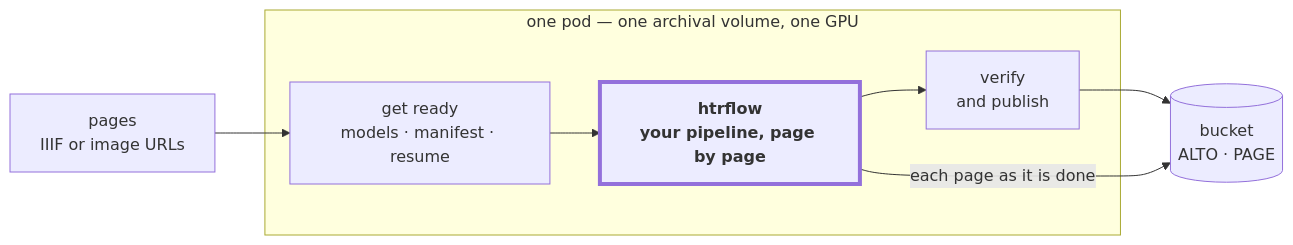
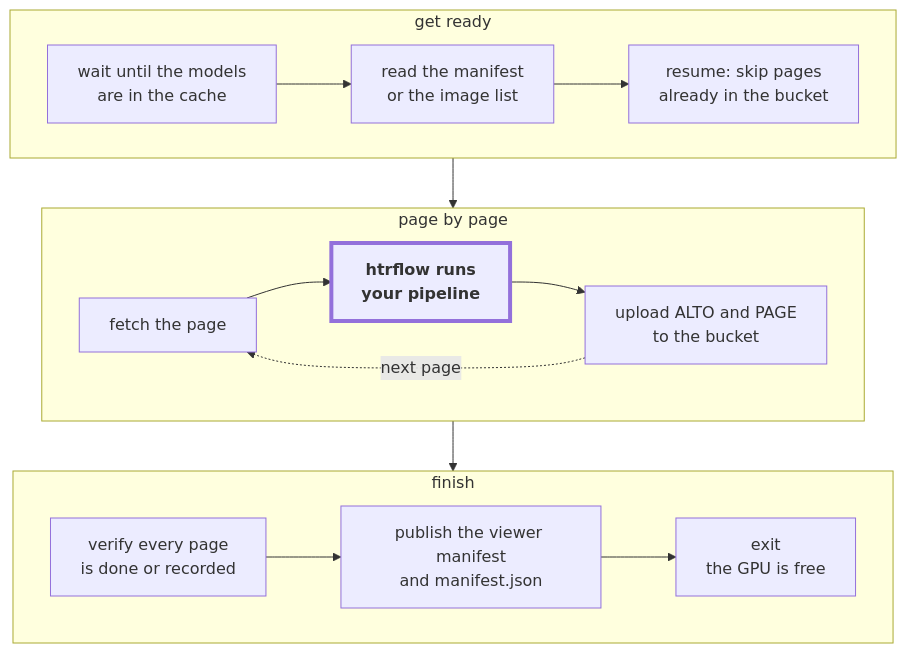
One commit to AI-Riksarkivet/htrflow-batch changed the diagram in docs/slides/assets/part-1-from-one-folder-to-the-archive-4.mmd. Above: the diagram before and after it, drawn with Mermaid. The commit also changed 2 other files, not shown here.

Commit message:
docs(slides): part 1's pod slide shows the steps again; drop What a volume can be
The pod slide draws three stages -- get ready, page by page with htrflow
highlighted, finish -- so the focus stays on htrflow without losing what
happens around it. The slide on the three ways of naming a volume goes:
the campaign file slide already shows a IIIF manifest and image URLs, and
part 2 covers reference codes.

Claude-Session: https://claude.ai/code/session_01HGkpuggZmaB7oiGwzxD1JG

```diff
--- a/docs/slides/assets/part-1-from-one-folder-to-the-archive-4.mmd
+++ b/docs/slides/assets/part-1-from-one-folder-to-the-archive-4.mmd
@@ -1,11 +1,16 @@
-flowchart LR
-  IN["pages<br/>IIIF or image URLs"]
-  subgraph POD["one pod — one archival volume, one GPU"]
-    PRE["get ready<br/>models · manifest · resume"]
-    HTR["htrflow<br/>your pipeline, page by page"]
-    POST["verify<br/>and publish"]
+flowchart TB
+  subgraph A["get ready"]
+    direction LR
+    W["wait until the models<br/>are in the cache"] --> M["read the manifest<br/>or the image list"] --> R["resume: skip pages<br/>already in the bucket"]
   end
-  OUT[("bucket<br/>ALTO · PAGE")]
-  IN --> PRE --> HTR --> POST --> OUT
-  HTR -- "each page as it is done" --> OUT
-  style HTR stroke-width:4px,font-weight:bold
+  subgraph B["page by page"]
+    direction LR
+    F["fetch the page"] --> H["htrflow runs<br/>your pipeline"] --> U["upload ALTO and PAGE<br/>to the bucket"]
+    U -. "next page" .-> F
+  end
+  subgraph C["finish"]
+    direction LR
+    V["verify every page<br/>is done or recorded"] --> P["publish the viewer manifest<br/>and manifest.json"] --> X["exit<br/>the GPU is free"]
+  end
+  A --> B --> C
+  style H stroke-width:4px,font-weight:bold
```
